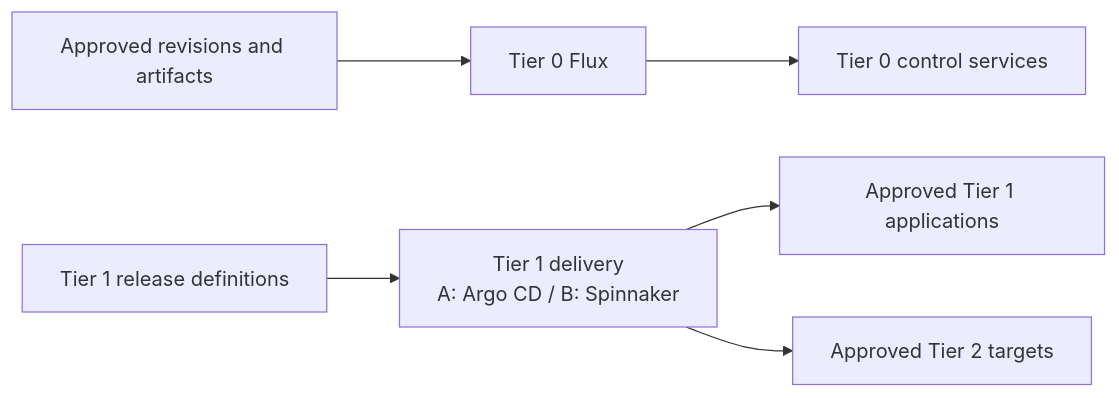
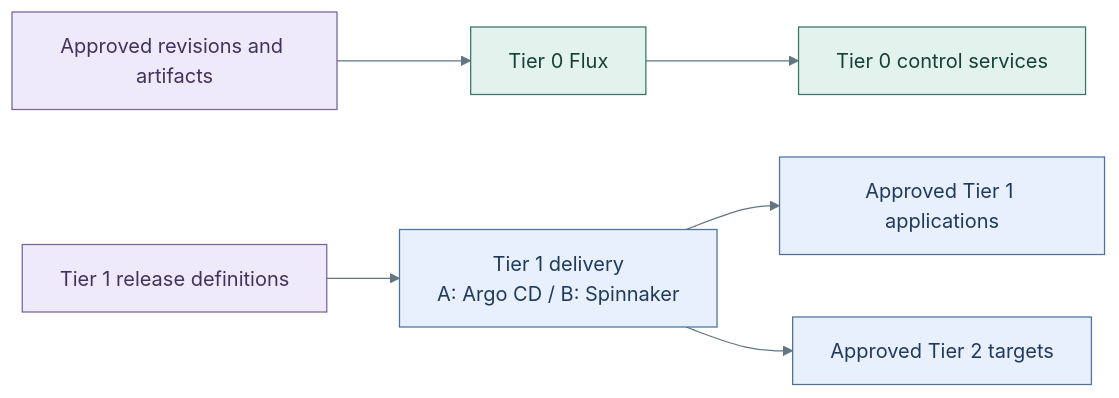
The diagram in docs/architecture/delivery/controllers.md (Rexus/homelab), drawn with Mermaid before and after one commit. The commit also changed 49 other files, not shown here.

Commit message:
docs(diagrams): clarify tier layouts and visual styles

````diff
--- a/docs/architecture/delivery/controllers.md
+++ b/docs/architecture/delivery/controllers.md
@@ -31,8 +31,16 @@
 ```mermaid
+%%{init: {"theme":"base","themeVariables":{"lineColor":"#627581","edgeLabelBackground":"#f8fafc"}}}%%
 flowchart LR
   Approved["Approved revisions and artifacts"] --> F["Tier 0 Flux"]
   F --> Control["Tier 0 control services"]
   Release["Tier 1 release definitions"] --> D["Tier 1 delivery<br/>A: Argo CD / B: Spinnaker"]
   D --> Platform["Approved Tier 1 applications"]
   D --> Workload["Approved Tier 2 targets"]
+  classDef default fill:#f8fafc,stroke:#64748b,color:#1f2937
+  classDef data fill:#eeeafa,stroke:#78639b,color:#42325d
+  classDef control fill:#e2f3ed,stroke:#397366,color:#173f36
+  classDef services fill:#e7f0fc,stroke:#4d719b,color:#203a5b
+  class Approved,Release data
+  class F,Control control
+  class D,Platform,Workload services
 ```
````
